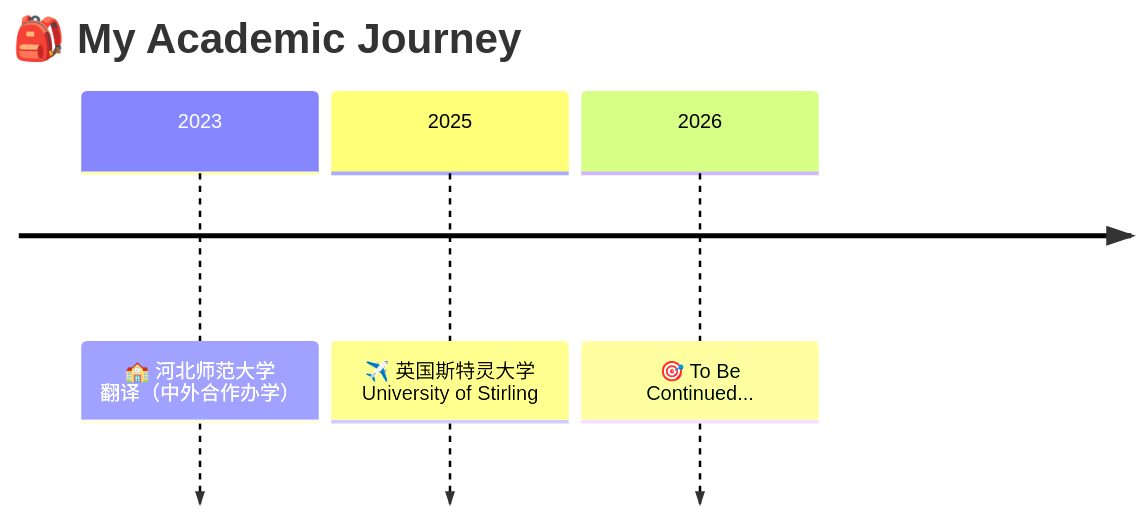
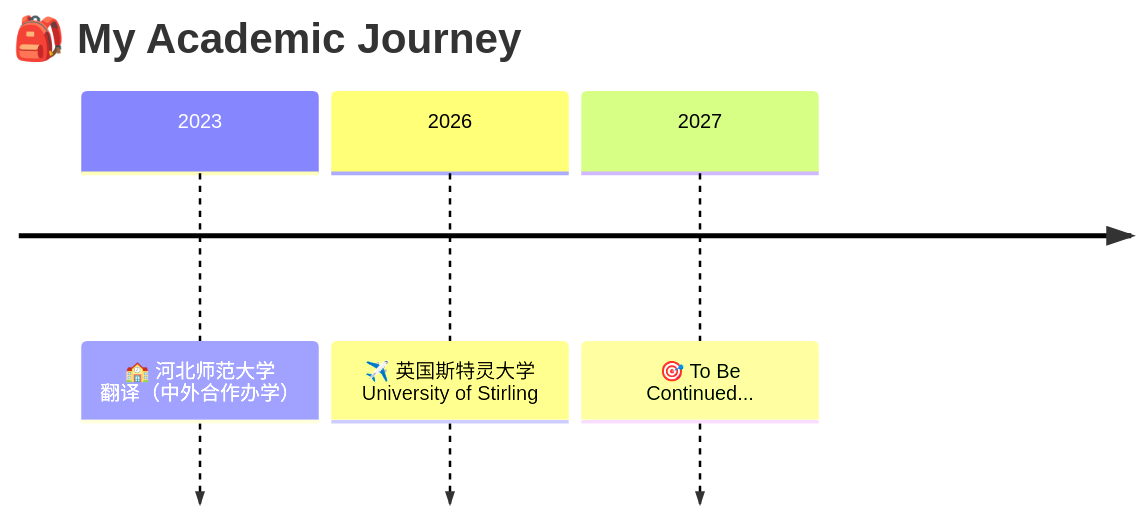
One commit to Waterc0lorEyes/Waterc0lorEyes changed the diagram in README.md. Above: the diagram before and after it, drawn with Mermaid. The commit also changed other lines of this file, not shown here.

First line of the commit message:
Revise academic timeline and project sections

````diff
--- a/README.md
+++ b/README.md
@@ -25,7 +25,7 @@
 ```mermaid
 timeline
     title 🎒 My Academic Journey
     2023 : 🏫 河北师范大学<br>翻译（中外合作办学）
-    2025 : ✈️ 英国斯特灵大学<br>University of Stirling
-    2026 : 🎯 To Be Continued...
+    2026 : ✈️ 英国斯特灵大学<br>University of Stirling
+    2027 : 🎯 To Be Continued...
 ```
````
